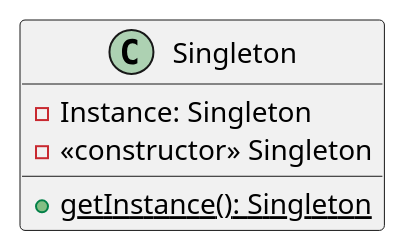
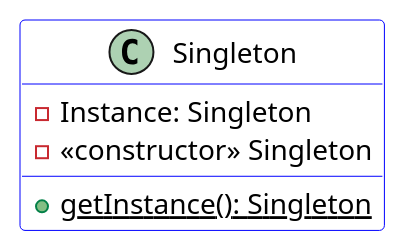
Before and after one commit to paguerre3/creational-patterns: the diagram in cp-samples/src/cp/samples/singleton/_singleton-diagram.iuml, drawn with PlantUML. The commit also changed 1 other file, not shown here.

```diff
--- a/cp-samples/src/cp/samples/singleton/_singleton-diagram.iuml
+++ b/cp-samples/src/cp/samples/singleton/_singleton-diagram.iuml
@@ -1,8 +1,13 @@
 @startuml
-class Singleton #white;line:blue;text:blue
+skinparam class {
+BackgroundColor White
+ArrowColor Blue
+BorderColor Blue
+}
+skinparam stereotypeCBackgroundColor White
 class Singleton {
  -Instance: Singleton
  -<<constructor>> Singleton
  +{static} getInstance(): Singleton
 }
 @enduml
```
